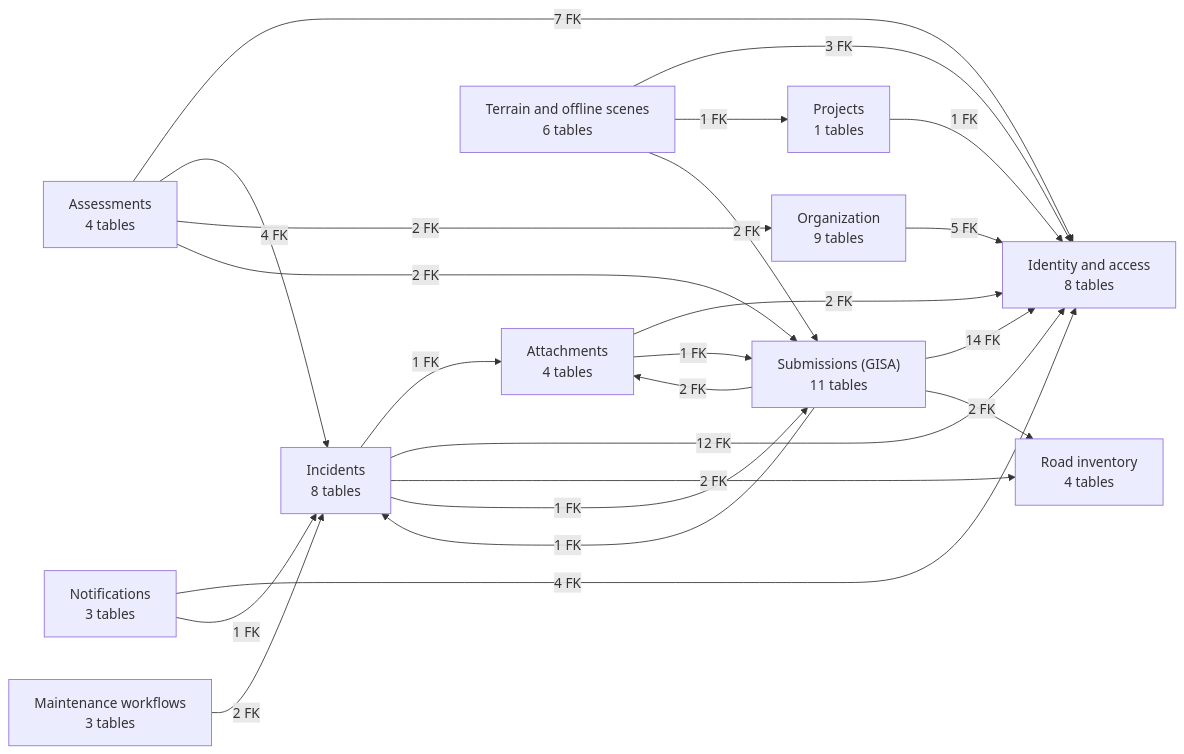
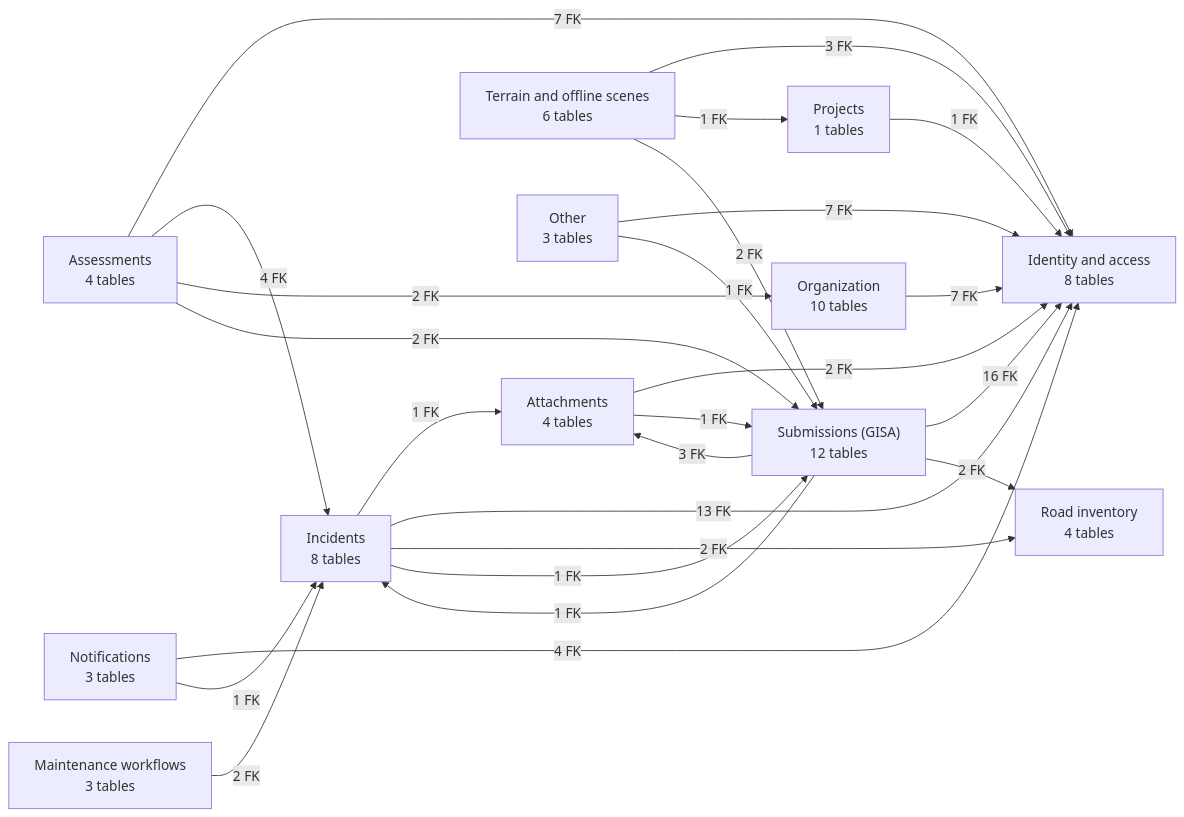
Before and after one commit to Alexeitor292/ERIS_REACT_native: the first of 13 diagrams in docs/data/erd.md, drawn with Mermaid. The commit also changed other lines of this file and 2 other files, not shown here.

First line of the commit message:
CI: ERISKit tests in a Swift container; schema docs regenerated

````diff
--- a/docs/data/erd.md
+++ b/docs/data/erd.md
@@ -9,36 +9,39 @@
 ```mermaid
 flowchart LR
     identity_and_access["Identity and access<br/>8 tables"]
-    organization["Organization<br/>9 tables"]
+    organization["Organization<br/>10 tables"]
     incidents["Incidents<br/>8 tables"]
     assessments["Assessments<br/>4 tables"]
-    submissions_gisa["Submissions (GISA)<br/>11 tables"]
+    submissions_gisa["Submissions (GISA)<br/>12 tables"]
     attachments["Attachments<br/>4 tables"]
     notifications["Notifications<br/>3 tables"]
     maintenance_workflows["Maintenance workflows<br/>3 tables"]
     projects["Projects<br/>1 tables"]
     road_inventory["Road inventory<br/>4 tables"]
     terrain_and_offline_scenes["Terrain and offline scenes<br/>6 tables"]
+    other["Other<br/>3 tables"]
     assessments -->|7 FK| identity_and_access
     assessments -->|4 FK| incidents
     assessments -->|2 FK| organization
     assessments -->|2 FK| submissions_gisa
     attachments -->|2 FK| identity_and_access
     attachments -->|1 FK| submissions_gisa
     incidents -->|1 FK| attachments
-    incidents -->|12 FK| identity_and_access
+    incidents -->|13 FK| identity_and_access
     incidents -->|2 FK| road_inventory
     incidents -->|1 FK| submissions_gisa
     maintenance_workflows -->|2 FK| incidents
     notifications -->|4 FK| identity_and_access
     notifications -->|1 FK| incidents
-    organization -->|5 FK| identity_and_access
+    organization -->|7 FK| identity_and_access
+    other -->|7 FK| identity_and_access
+    other -->|1 FK| submissions_gisa
     projects -->|1 FK| identity_and_access
-    submissions_gisa -->|2 FK| attachments
-    submissions_gisa -->|14 FK| identity_and_access
+    submissions_gisa -->|3 FK| attachments
+    submissions_gisa -->|16 FK| identity_and_access
     submissions_gisa -->|1 FK| incidents
     submissions_gisa -->|2 FK| road_inventory
     terrain_and_offline_scenes -->|3 FK| identity_and_access
     terrain_and_offline_scenes -->|1 FK| projects
     terrain_and_offline_scenes -->|2 FK| submissions_gisa
 ```
````
